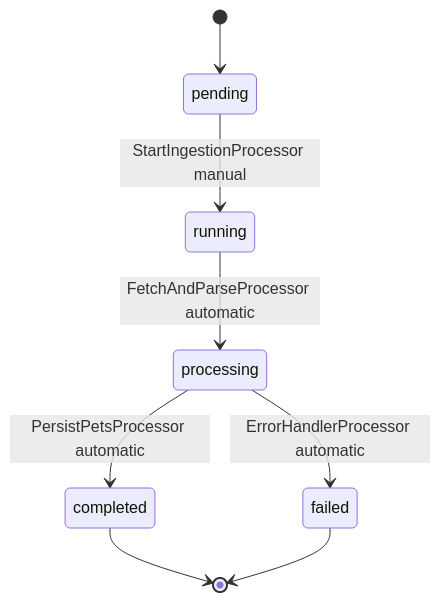
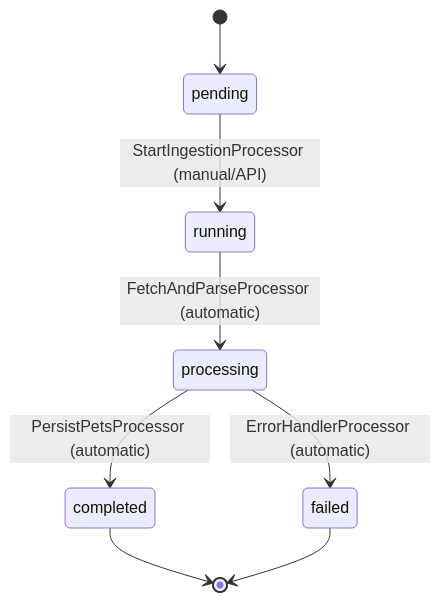
Before and after one commit to Cyoda-platform/java-client-template: the third of 4 diagrams in src/main/java/com/java_template/prototype/functional_requirement.md, drawn with Mermaid. The commit also changed other lines of this file, not shown here.

````diff
--- a/src/main/java/com/java_template/prototype/functional_requirement.md
+++ b/src/main/java/com/java_template/prototype/functional_requirement.md
@@ -76,10 +124,10 @@
 ```mermaid
 stateDiagram-v2
     [*] --> pending
-    pending --> running : StartIngestionProcessor manual
-    running --> processing : FetchAndParseProcessor automatic
-    processing --> completed : PersistPetsProcessor automatic
-    processing --> failed : ErrorHandlerProcessor automatic
+    pending --> running : StartIngestionProcessor (manual/API)
+    running --> processing : FetchAndParseProcessor (automatic)
+    processing --> completed : PersistPetsProcessor (automatic)
+    processing --> failed : ErrorHandlerProcessor (automatic)
     completed --> [*]
     failed --> [*]
 ```
````
